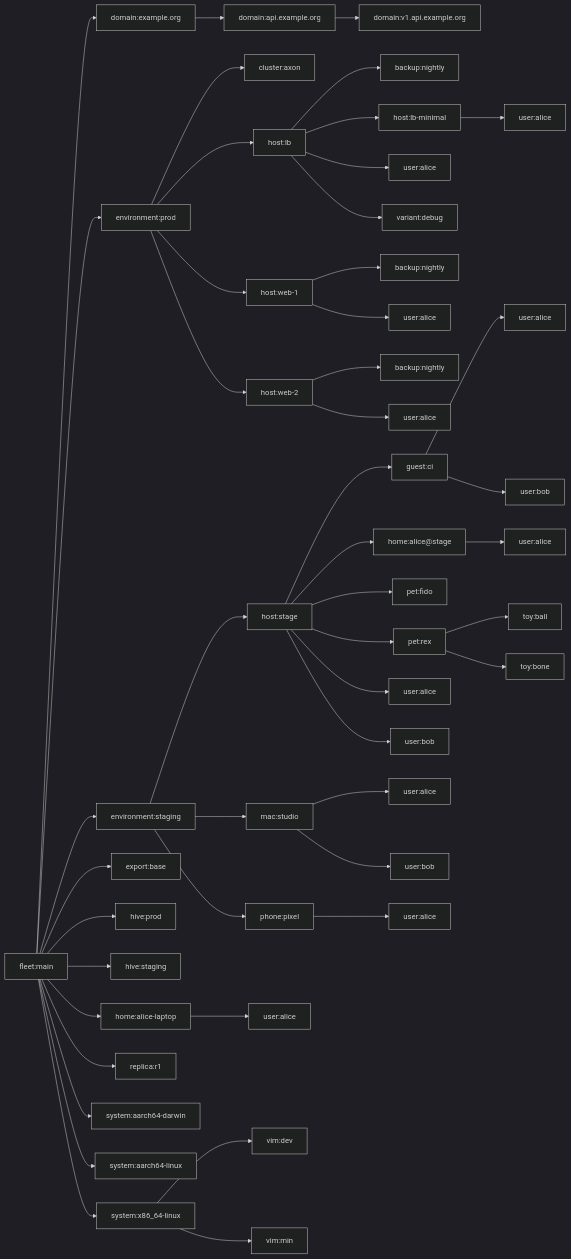
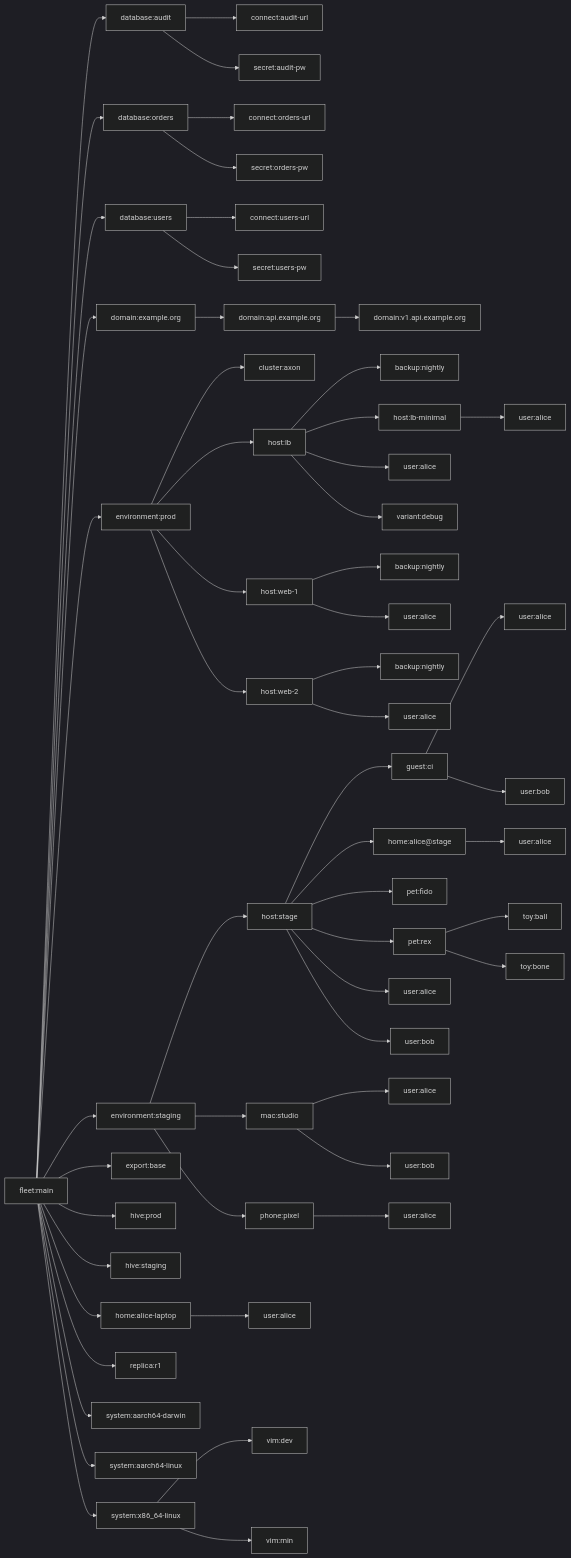
The diagram in templates/fleet/README.md (sini/sven), drawn with Mermaid (dark theme) before and after one commit. The commit also changed other lines of this file, not shown here.

Commit message:
fleet: README regenerated (hoag/ci kinds)

````diff
--- a/templates/fleet/README.md
+++ b/templates/fleet/README.md
@@ -357,6 +358,15 @@
 ```mermaid
 flowchart LR
   s6c4c773b["fleet:main"]
+  s16dfc102["database:audit"]
+  s6ab735ce["connect:audit-url"]
+  s5bdb8d65["secret:audit-pw"]
+  se22efb42["database:orders"]
+  s932d75a4["connect:orders-url"]
+  s8b01df51["secret:orders-pw"]
+  sc57390ab["database:users"]
+  s2936f18a["connect:users-url"]
+  s1505b103["secret:users-pw"]
   s2911e9c4["domain:example.org"]
   s366cbd5f["domain:api.example.org"]
   sab02c799["domain:v1.api.example.org"]
@@ -403,6 +413,15 @@
   s561d4bec["system:x86_64-linux"]
   s7502a912["vim:dev"]
   s5b6ebf2d["vim:min"]
+  s6c4c773b --> s16dfc102
+  s16dfc102 --> s6ab735ce
+  s16dfc102 --> s5bdb8d65
+  s6c4c773b --> se22efb42
+  se22efb42 --> s932d75a4
+  se22efb42 --> s8b01df51
+  s6c4c773b --> sc57390ab
+  sc57390ab --> s2936f18a
+  sc57390ab --> s1505b103
   s6c4c773b --> s2911e9c4
   s2911e9c4 --> s366cbd5f
   s366cbd5f --> sab02c799
````
